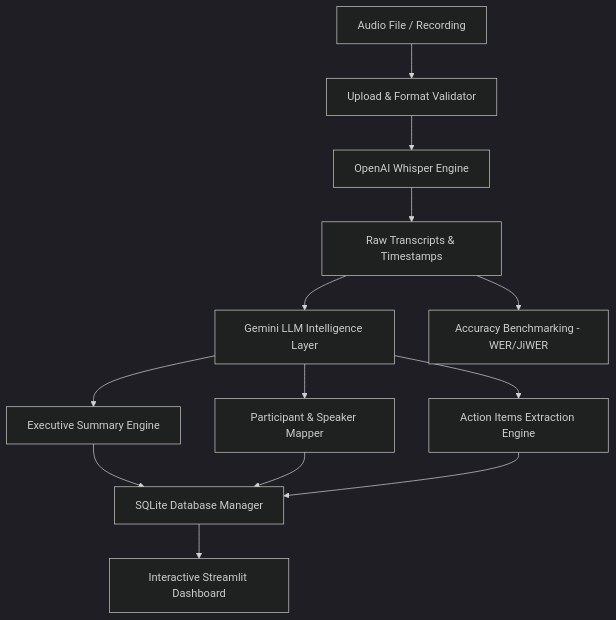
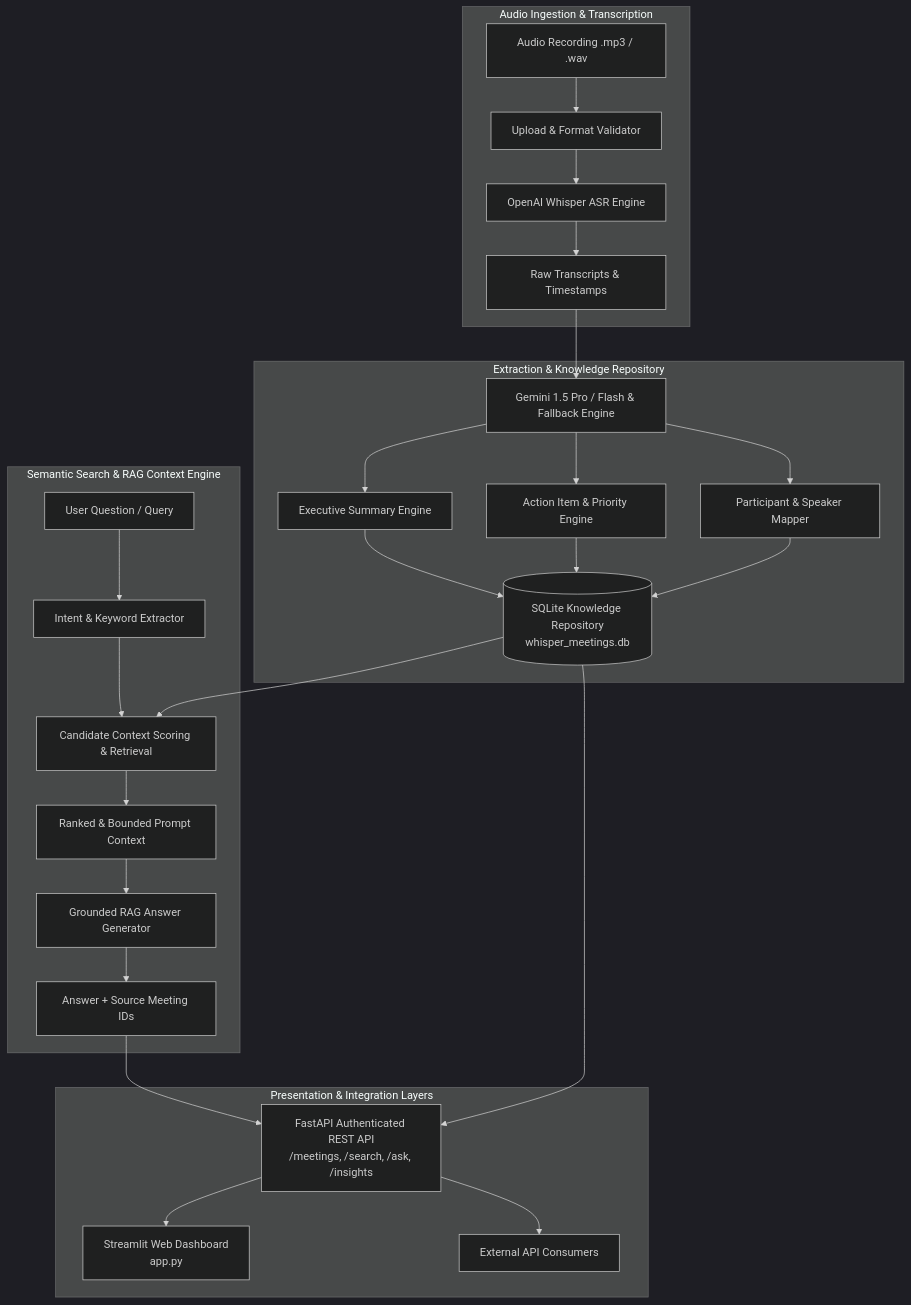
One commit to priyanshu68-1/whisper-transcription1 changed the diagram in README.md. Above: the diagram before and after it, drawn with Mermaid (dark theme). The commit also changed other lines of this file and 17 other files, not shown here.

Commit message:
feat: complete milestone 3 - semantic search, RAG, FastAPI endpoints, historical insights & master test suite

````diff
--- a/README.md
+++ b/README.md
@@ -38,15 +57,34 @@
 ```mermaid
-graph TD
-    A[Audio File / Recording] --> B[Upload & Format Validator]
-    B --> C[OpenAI Whisper Engine]
-    C --> D[Raw Transcripts & Timestamps]
-    D --> E[Gemini LLM Intelligence Layer]
-    E --> F[Executive Summary Engine]
-    E --> G[Participant & Speaker Mapper]
-    E --> H[Action Items Extraction Engine]
-    D --> I[Accuracy Benchmarking - WER/JiWER]
-    F --> J[SQLite Database Manager]
-    G --> J
-    H --> J
-    J --> K[Interactive Streamlit Dashboard]
+flowchart TD
+    subgraph Ingestion["Audio Ingestion & Transcription"]
+        Audio[Audio Recording .mp3 / .wav] --> UploadVal[Upload & Format Validator]
+        UploadVal --> Whisper[OpenAI Whisper ASR Engine]
+        Whisper --> Transcripts[Raw Transcripts & Timestamps]
+    end
+
+    subgraph Intelligence["Extraction & Knowledge Repository"]
+        Transcripts --> LLM[Gemini 1.5 Pro / Flash & Fallback Engine]
+        LLM --> Summary[Executive Summary Engine]
+        LLM --> Actions[Action Item & Priority Engine]
+        LLM --> Participants[Participant & Speaker Mapper]
+        Summary --> DB[(SQLite Knowledge Repository<br/>whisper_meetings.db)]
+        Actions --> DB
+        Participants --> DB
+    end
+
+    subgraph Retrieval["Semantic Search & RAG Context Engine"]
+        UserQuery[User Question / Query] --> IntentExtract[Intent & Keyword Extractor]
+        IntentExtract --> ContextRetriever[Candidate Context Scoring & Retrieval]
+        DB --> ContextRetriever
+        ContextRetriever --> PromptContext[Ranked & Bounded Prompt Context]
+        PromptContext --> GroundedLLM[Grounded RAG Answer Generator]
+        GroundedLLM --> GroundedAnswer[Answer + Source Meeting IDs]
+    end
+
+    subgraph Interfaces["Presentation & Integration Layers"]
+        DB --> API[FastAPI Authenticated REST API<br/>/meetings, /search, /ask, /insights]
+        GroundedAnswer --> API
+        API --> StreamlitUI[Streamlit Web Dashboard<br/>app.py]
+        API --> ExternalClients[External API Consumers]
+    end
 ```
````
